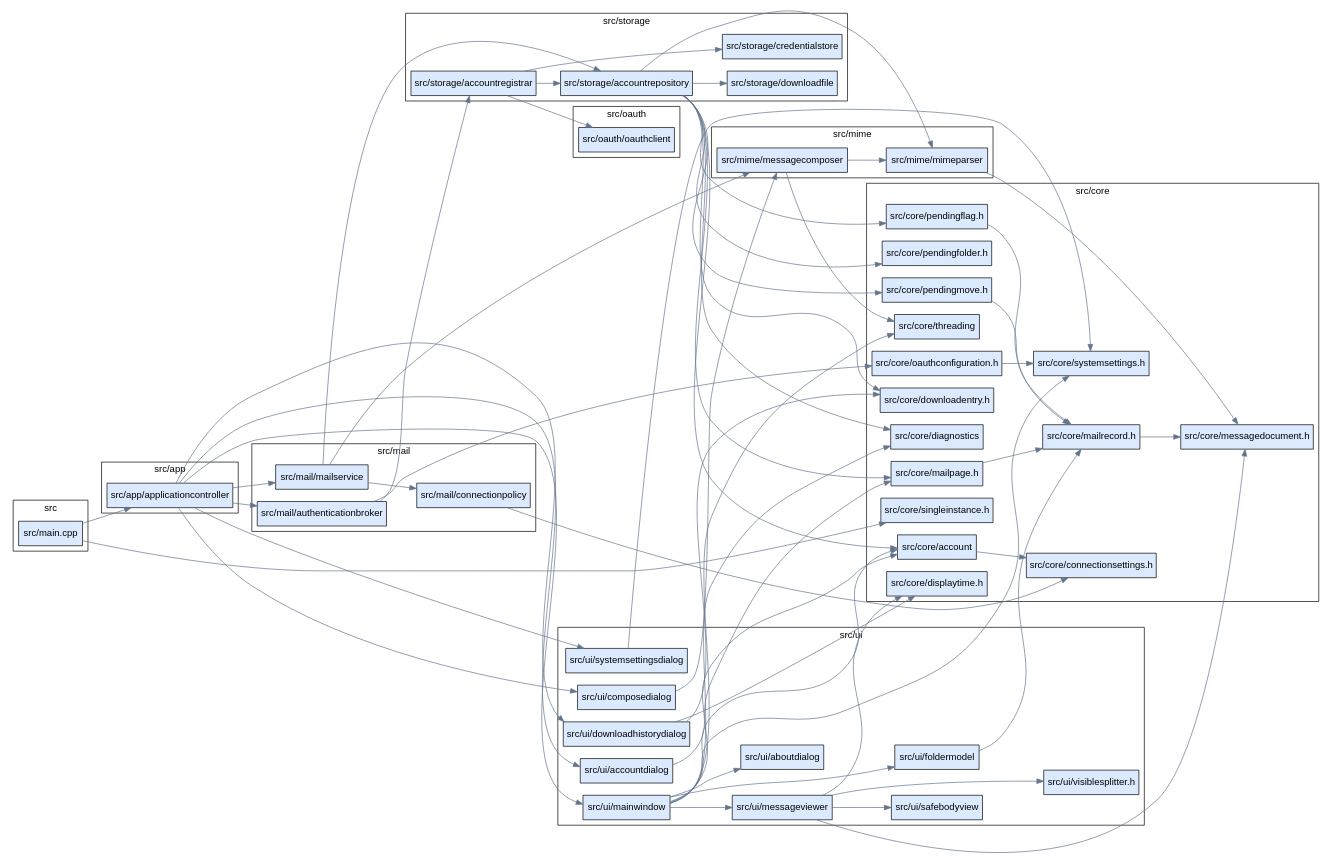
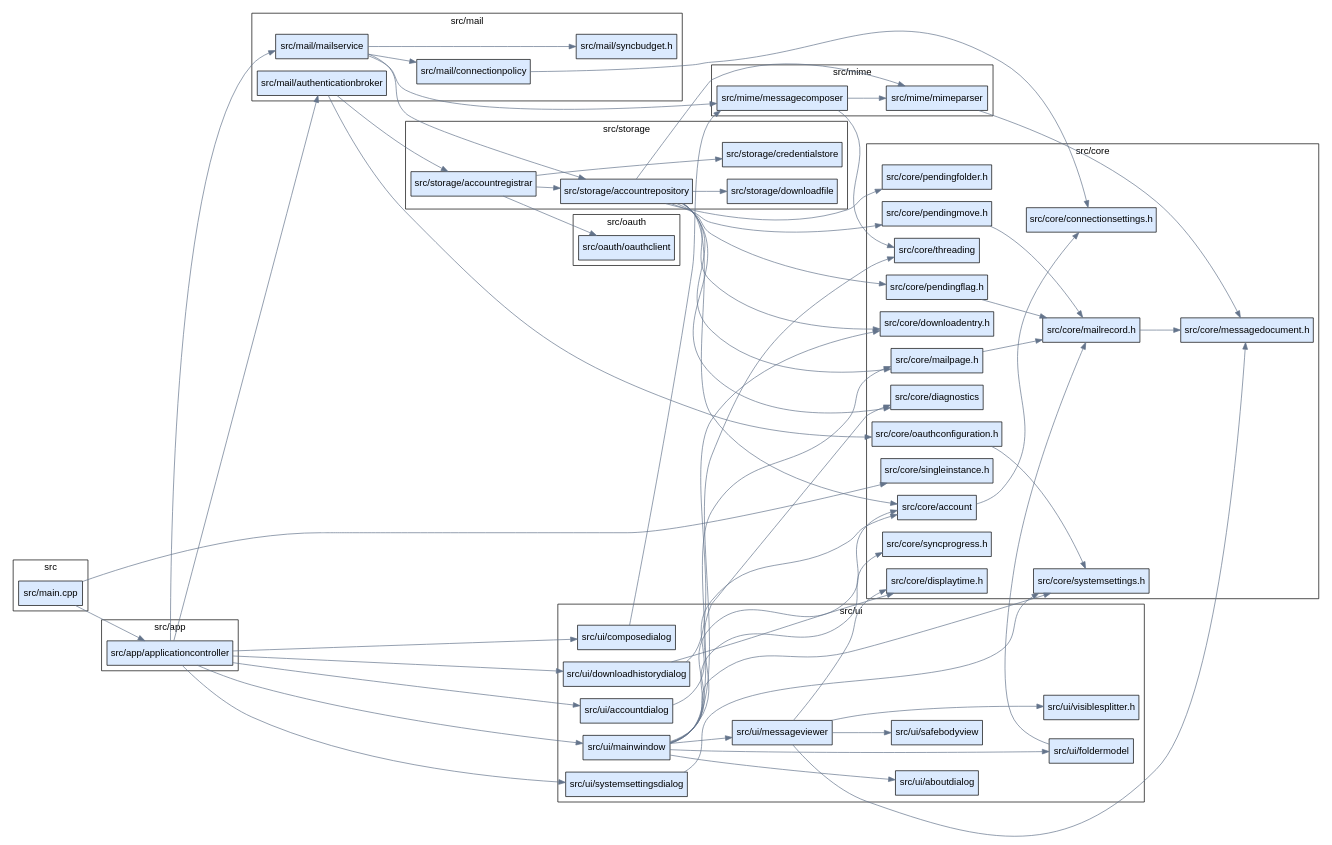
Before and after one commit to Kiterai/SmoothMail: the diagram in docs/dev/architecture/files.dot, drawn with Graphviz. The commit also changed 5 other files, not shown here.

Commit message:
アーキテクチャ図の反映

```diff
--- a/docs/dev/architecture/files.dot
+++ b/docs/dev/architecture/files.dot
@@ -1,162 +1,168 @@
 digraph dependencies {
 	graph [fontname=Arial,
 		rankdir=LR
 	];
 	node [fontname=Arial,
 		shape=box,
 		style=filled
 	];
 	edge [color="#64748b"];
 	subgraph cluster_0 {
 		graph [label=src];
 		"src/main.cpp"	[fillcolor="#dbeafe",
 			label="src/main.cpp"];
 	}
 	subgraph cluster_1 {
 		graph [label="src/app"];
 		"src/app/applicationcontroller"	[fillcolor="#dbeafe",
 			label="src/app/applicationcontroller"];
 	}
 	subgraph cluster_2 {
 		graph [label="src/core"];
 		"src/core/account"	[fillcolor="#dbeafe",
 			label="src/core/account"];
 		"src/core/connectionsettings.h"	[fillcolor="#dbeafe",
 			label="src/core/connectionsettings.h"];
 		"src/core/diagnostics"	[fillcolor="#dbeafe",
 			label="src/core/diagnostics"];
 		"src/core/displaytime.h"	[fillcolor="#dbeafe",
 			label="src/core/displaytime.h"];
 		"src/core/downloadentry.h"	[fillcolor="#dbeafe",
 			label="src/core/downloadentry.h"];
 		"src/core/mailpage.h"	[fillcolor="#dbeafe",
 			label="src/core/mailpage.h"];
 		"src/core/mailrecord.h"	[fillcolor="#dbeafe",
 			label="src/core/mailrecord.h"];
 		"src/core/messagedocument.h"	[fillcolor="#dbeafe",
 			label="src/core/messagedocument.h"];
 		"src/core/oauthconfiguration.h"	[fillcolor="#dbeafe",
 			label="src/core/oauthconfiguration.h"];
 		"src/core/pendingflag.h"	[fillcolor="#dbeafe",
 			label="src/core/pendingflag.h"];
 		"src/core/pendingfolder.h"	[fillcolor="#dbeafe",
 			label="src/core/pendingfolder.h"];
 		"src/core/pendingmove.h"	[fillcolor="#dbeafe",
 			label="src/core/pendingmove.h"];
 		"src/core/singleinstance.h"	[fillcolor="#dbeafe",
 			label="src/core/singleinstance.h"];
+		"src/core/syncprogress.h"	[fillcolor="#dbeafe",
+			label="src/core/syncprogress.h"];
 		"src/core/systemsettings.h"	[fillcolor="#dbeafe",
 			label="src/core/systemsettings.h"];
 		"src/core/threading"	[fillcolor="#dbeafe",
 			label="src/core/threading"];
 	}
 	subgraph cluster_3 {
 		graph [label="src/mail"];
 		"src/mail/authenticationbroker"	[fillcolor="#dbeafe",
 			label="src/mail/authenticationbroker"];
 		"src/mail/connectionpolicy"	[fillcolor="#dbeafe",
 			label="src/mail/connectionpolicy"];
 		"src/mail/mailservice"	[fillcolor="#dbeafe",
 			label="src/mail/mailservice"];
+		"src/mail/syncbudget.h"	[fillcolor="#dbeafe",
+			label="src/mail/syncbudget.h"];
 	}
 	subgraph cluster_4 {
 		graph [label="src/mime"];
 		"src/mime/messagecomposer"	[fillcolor="#dbeafe",
 			label="src/mime/messagecomposer"];
 		"src/mime/mimeparser"	[fillcolor="#dbeafe",
 			label="src/mime/mimeparser"];
 	}
 	subgraph cluster_5 {
 		graph [label="src/oauth"];
 		"src/oauth/oauthclient"	[fillcolor="#dbeafe",
 			label="src/oauth/oauthclient"];
 	}
 	subgraph cluster_6 {
 		graph [label="src/storage"];
 		"src/storage/accountregistrar"	[fillcolor="#dbeafe",
 			label="src/storage/accountregistrar"];
 		"src/storage/accountrepository"	[fillcolor="#dbeafe",
 			label="src/storage/accountrepository"];
 		"src/storage/credentialstore"	[fillcolor="#dbeafe",
 			label="src/storage/credentialstore"];
 		"src/storage/downloadfile"	[fillcolor="#dbeafe",
 			label="src/storage/downloadfile"];
 	}
 	subgraph cluster_7 {
 		graph [label="src/ui"];
 		"src/ui/aboutdialog"	[fillcolor="#dbeafe",
 			label="src/ui/aboutdialog"];
 		"src/ui/accountdialog"	[fillcolor="#dbeafe",
 			label="src/ui/accountdialog"];
 		"src/ui/composedialog"	[fillcolor="#dbeafe",
 			label="src/ui/composedialog"];
 		"src/ui/downloadhistorydialog"	[fillcolor="#dbeafe",
 			label="src/ui/downloadhistorydialog"];
 		"src/ui/foldermodel"	[fillcolor="#dbeafe",
 			label="src/ui/foldermodel"];
 		"src/ui/mainwindow"	[fillcolor="#dbeafe",
 			label="src/ui/mainwindow"];
 		"src/ui/messageviewer"	[fillcolor="#dbeafe",
 			label="src/ui/messageviewer"];
 		"src/ui/safebodyview"	[fillcolor="#dbeafe",
 			label="src/ui/safebodyview"];
 		"src/ui/systemsettingsdialog"	[fillcolor="#dbeafe",
 			label="src/ui/systemsettingsdialog"];
 		"src/ui/visiblesplitter.h"	[fillcolor="#dbeafe",
 			label="src/ui/visiblesplitter.h"];
 	}
 	"src/main.cpp" -> "src/app/applicationcontroller";
 	"src/main.cpp" -> "src/core/singleinstance.h"	[minlen=1];
 	"src/app/applicationcontroller" -> "src/mail/authenticationbroker";
 	"src/app/applicationcontroller" -> "src/mail/mailservice";
 	"src/app/applicationcontroller" -> "src/ui/accountdialog"	[minlen=1];
 	"src/app/applicationcontroller" -> "src/ui/composedialog"	[minlen=2];
 	"src/app/applicationcontroller" -> "src/ui/downloadhistorydialog";
 	"src/app/applicationcontroller" -> "src/ui/mainwindow";
 	"src/app/applicationcontroller" -> "src/ui/systemsettingsdialog"	[minlen=3];
 	"src/core/account" -> "src/core/connectionsettings.h";
 	"src/core/mailpage.h" -> "src/core/mailrecord.h";
 	"src/core/mailrecord.h" -> "src/core/messagedocument.h";
 	"src/core/oauthconfiguration.h" -> "src/core/systemsettings.h";
 	"src/core/pendingflag.h" -> "src/core/mailrecord.h";
 	"src/core/pendingmove.h" -> "src/core/mailrecord.h";
 	"src/mail/authenticationbroker" -> "src/core/oauthconfiguration.h"	[minlen=1];
 	"src/mail/authenticationbroker" -> "src/storage/accountregistrar";
 	"src/mail/connectionpolicy" -> "src/core/connectionsettings.h";
 	"src/mail/mailservice" -> "src/mail/connectionpolicy"	[minlen=1];
+	"src/mail/mailservice" -> "src/mail/syncbudget.h"	[minlen=2];
 	"src/mail/mailservice" -> "src/mime/messagecomposer";
 	"src/mail/mailservice" -> "src/storage/accountrepository";
 	"src/mime/messagecomposer" -> "src/core/threading";
 	"src/mime/messagecomposer" -> "src/mime/mimeparser";
 	"src/mime/mimeparser" -> "src/core/messagedocument.h";
 	"src/storage/accountregistrar" -> "src/oauth/oauthclient"	[minlen=1];
 	"src/storage/accountregistrar" -> "src/storage/accountrepository";
 	"src/storage/accountregistrar" -> "src/storage/credentialstore"	[minlen=2];
 	"src/storage/accountrepository" -> "src/core/account";
 	"src/storage/accountrepository" -> "src/core/diagnostics";
 	"src/storage/accountrepository" -> "src/core/downloadentry.h";
 	"src/storage/accountrepository" -> "src/core/mailpage.h";
 	"src/storage/accountrepository" -> "src/core/pendingflag.h"	[minlen=1];
 	"src/storage/accountrepository" -> "src/core/pendingfolder.h"	[minlen=2];
 	"src/storage/accountrepository" -> "src/core/pendingmove.h"	[minlen=3];
 	"src/storage/accountrepository" -> "src/mime/mimeparser";
 	"src/storage/accountrepository" -> "src/storage/downloadfile"	[minlen=1];
 	"src/ui/accountdialog" -> "src/core/account";
 	"src/ui/composedialog" -> "src/mime/messagecomposer";
 	"src/ui/downloadhistorydialog" -> "src/core/displaytime.h";
 	"src/ui/downloadhistorydialog" -> "src/core/downloadentry.h";
 	"src/ui/foldermodel" -> "src/core/mailrecord.h";
 	"src/ui/mainwindow" -> "src/core/account";
 	"src/ui/mainwindow" -> "src/core/diagnostics";
 	"src/ui/mainwindow" -> "src/core/mailpage.h";
+	"src/ui/mainwindow" -> "src/core/syncprogress.h"	[minlen=1];
 	"src/ui/mainwindow" -> "src/core/systemsettings.h";
 	"src/ui/mainwindow" -> "src/core/threading";
-	"src/ui/mainwindow" -> "src/ui/aboutdialog"	[minlen=1];
-	"src/ui/mainwindow" -> "src/ui/foldermodel"	[minlen=2];
+	"src/ui/mainwindow" -> "src/ui/aboutdialog"	[minlen=2];
+	"src/ui/mainwindow" -> "src/ui/foldermodel"	[minlen=3];
 	"src/ui/mainwindow" -> "src/ui/messageviewer";
 	"src/ui/messageviewer" -> "src/core/displaytime.h";
 	"src/ui/messageviewer" -> "src/core/messagedocument.h";
 	"src/ui/messageviewer" -> "src/ui/safebodyview"	[minlen=1];
 	"src/ui/messageviewer" -> "src/ui/visiblesplitter.h"	[minlen=2];
 	"src/ui/systemsettingsdialog" -> "src/core/systemsettings.h";
 }
```
